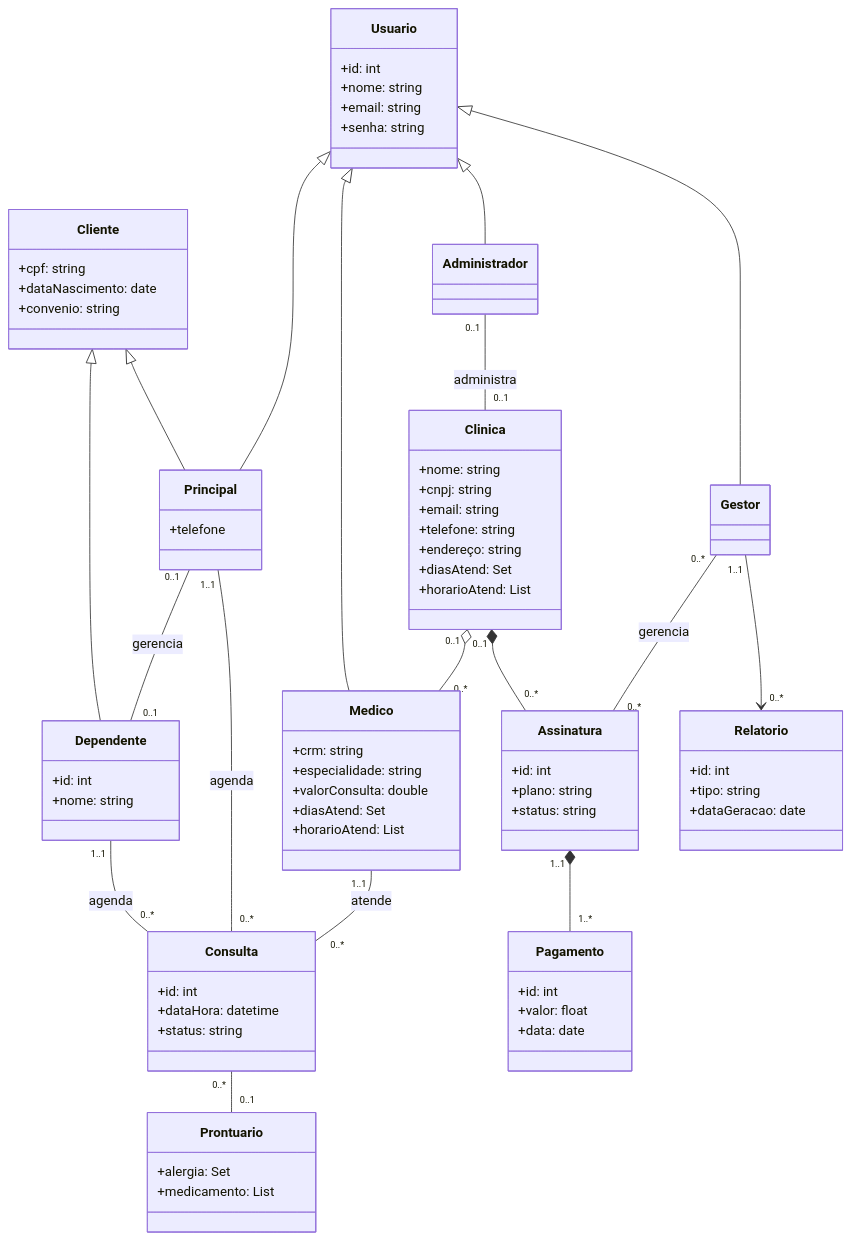
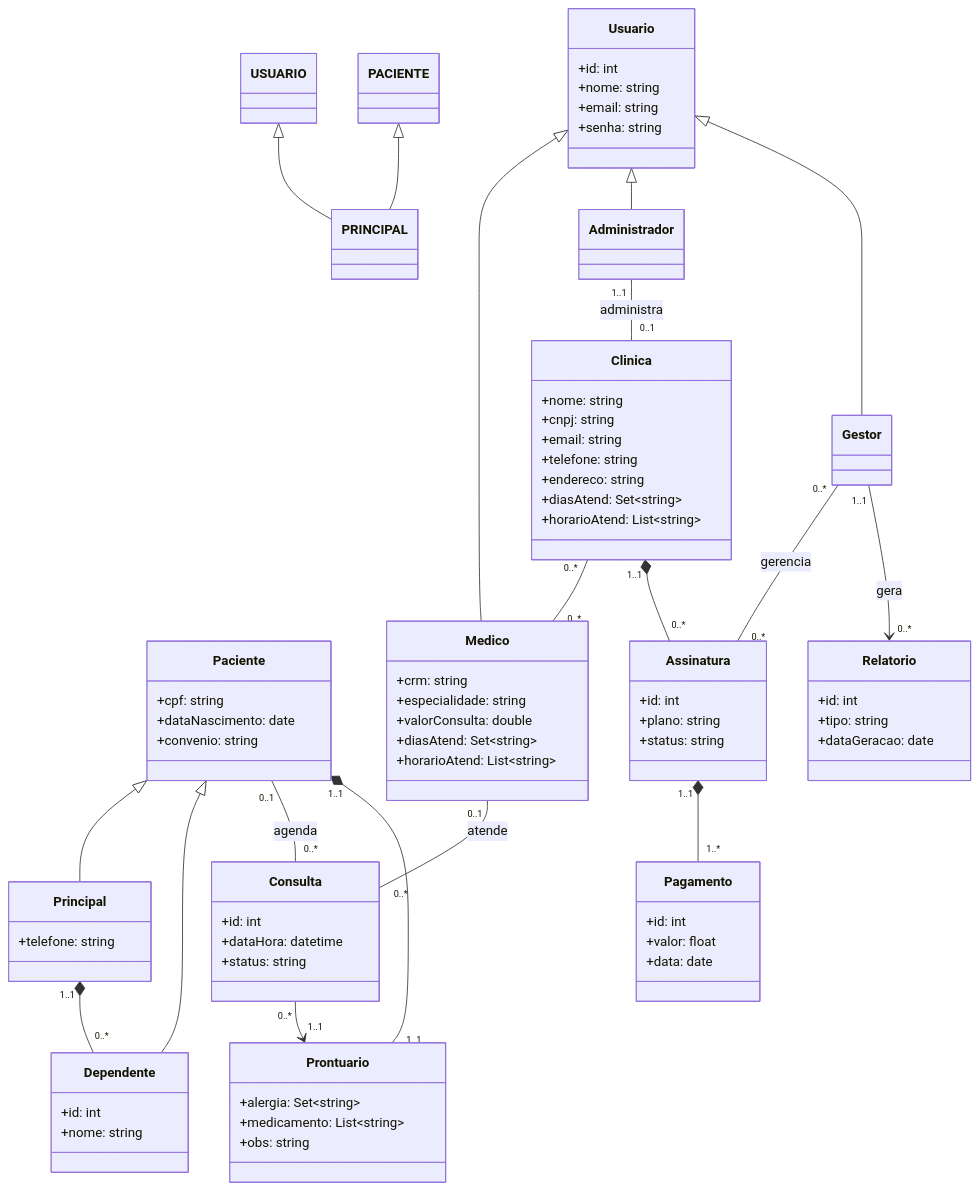
One commit to InsaneCaio/eng-soft-2026-1 changed the second of 2 diagrams in README.md. Above: the diagram before and after it, drawn with Mermaid.

Commit message:
Refactor class diagram in README.md

````diff
--- a/README.md
+++ b/README.md
@@ -133,24 +133,19 @@
 ```mermaid
 classDiagram
 
-class Cliente {
-    +cpf: string
-    +dataNascimento: date
-    +convenio: string
-}
+class USUARIO
+class PACIENTE
+class PRINCIPAL
 
-class Dependente {
-    +id: int
-    +nome: string
-}
-
-Cliente <|-- Dependente
-Cliente <|-- Principal
+USUARIO <|-- PRINCIPAL
+PACIENTE <|-- PRINCIPAL
 
 
-%% =======================
-%% USUÁRIOS (HERANÇA)
-%% =======================
+
+
+%% ==================================================
+%% PESSOAS
+%% ==================================================
 
 class Usuario {
     +id: int
@@ -159,60 +154,56 @@
     +senha: string
 }
 
+class Paciente {
+    +cpf: string
+    +dataNascimento: date
+    +convenio: string
+}
+
+
+%% ==================================================
+%% USUÁRIOS
+%% ==================================================
+
 class Principal {
-    +telefone
+    +telefone: string
 }
 
 class Medico {
     +crm: string
     +especialidade: string
     +valorConsulta: double
-    +diasAtend: Set<string>
-    +horarioAtend: List<string>
+    +diasAtend: Set~string~
+    +horarioAtend: List~string~
 }
 
-class Administrador {
-}
+class Administrador
 
-class Gestor {
-}
+class Gestor
 
-Usuario <|-- Principal
 Usuario <|-- Medico
 Usuario <|-- Administrador
 Usuario <|-- Gestor
 
-%% =======================
-%% CLIENTE (HERANÇA)
-%% =======================
+%% ==================================================
+%% PACIENTES
+%% ==================================================
 
+class Paciente
 
-
-%% =======================
-%% RELAÇÃO PACIENTE - DEPENDENTE
-%% =======================
-
-Principal "0..1" -- "0..1" Dependente : gerencia
-
-class Clinica{
+class Dependente{
+    +id: int
     +nome: string
-    +cnpj: string
-    +email: string
-    +telefone: string
-    +endereço: string
-    +diasAtend: Set<string>
-    +horarioAtend: List<string>
 }
 
-Administrador "0..1" -- "0..1" Clinica : administra
-Gestor "0..*" -- "0..*" Assinatura : gerencia
-Clinica "0..1" o-- "0..*" Medico
-Clinica "0..1" *-- "0..*" Assinatura
+Paciente <|-- Principal
+Paciente <|-- Dependente
 
+Principal "1..1" *-- "0..*" Dependente
 
-%% =======================
-%% AGENDAMENTO
-%% =======================
+%% ==================================================
+%% ATENDIMENTO
+%% ==================================================
 
 class Consulta {
     +id: int
@@ -220,26 +211,41 @@
     +status: string
 }
 
-Principal "1..1" -- "0..*" Consulta : agenda
-Dependente "1..1" -- "0..*" Consulta : agenda
-Medico "1..1" -- "0..*" Consulta : atende
-
-%% =======================
-%% PRONTUÁRIO
-%% =======================
-
 class Prontuario {
-    +alergia: Set<string>
-    +medicamento: List<string>
+    +alergia: Set~string~
+    +medicamento: List~string~
+    +obs: string
 }
 
-Consulta "0..*" -- "0..1" Prontuario
+Paciente "0..1" -- "0..*" Consulta : agenda
 
+Medico "0..1" -- "0..*" Consulta : atende
 
+Paciente "1..1" *-- "1..1" Prontuario
 
-%% =======================
-%% ASSINATURA / FINANCEIRO
-%% =======================
+Consulta "0..*" --> "1..1" Prontuario
+
+%% ==================================================
+%% CLÍNICA
+%% ==================================================
+
+class Clinica {
+    +nome: string
+    +cnpj: string
+    +email: string
+    +telefone: string
+    +endereco: string
+    +diasAtend: Set~string~
+    +horarioAtend: List~string~
+}
+
+Administrador "1..1" -- "0..1" Clinica : administra
+
+Clinica "0..*" -- "0..*" Medico
+
+%% ==================================================
+%% FINANCEIRO
+%% ==================================================
 
 class Assinatura {
     +id: int
@@ -253,11 +259,15 @@
     +data: date
 }
 
+Clinica "1..1" *-- "0..*" Assinatura
+
 Assinatura "1..1" *-- "1..*" Pagamento
 
-%% =======================
+Gestor "0..*" -- "0..*" Assinatura : gerencia
+
+%% ==================================================
 %% RELATÓRIOS
-%% =======================
+%% ==================================================
 
 class Relatorio {
     +id: int
@@ -265,5 +275,5 @@
     +dataGeracao: date
 }
 
-Gestor "1..1" --> "0..*" Relatorio
+Gestor "1..1" --> "0..*" Relatorio : gera
 ```
````
